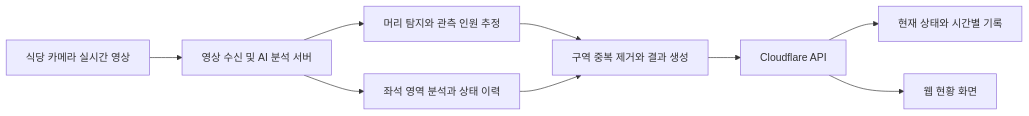
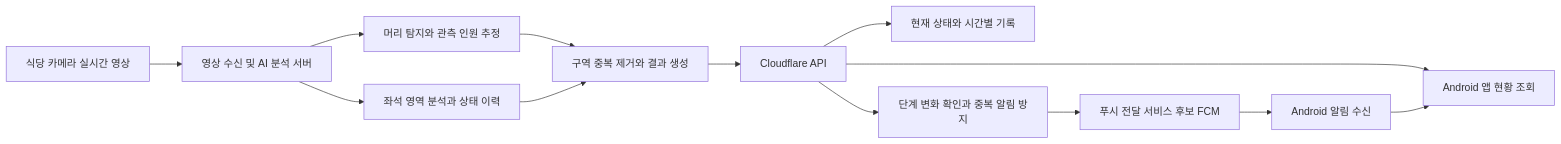
One commit to rnxodnd/campus_pulse changed the diagram in README.md. Above: the diagram before and after it, drawn with Mermaid. The commit also changed other lines of this file and 3 other files, not shown here.

````diff
--- a/README.md
+++ b/README.md
@@ -116,11 +160,15 @@
 ```mermaid
 flowchart LR
     A[식당 카메라 실시간 영상] --> B[영상 수신 및 AI 분석 서버]
     B --> C[머리 탐지와 관측 인원 추정]
     B --> D[좌석 영역 분석과 상태 이력]
     C --> E[구역 중복 제거와 결과 생성]
     D --> E
     E --> F[Cloudflare API]
     F --> G[현재 상태와 시간별 기록]
-    F --> H[웹 현황 화면]
+    F --> H[Android 앱 현황 조회]
+    F --> I[단계 변화 확인과 중복 알림 방지]
+    I --> J[푸시 전달 서비스 후보 FCM]
+    J --> K[Android 알림 수신]
+    K --> H
 ```
````
